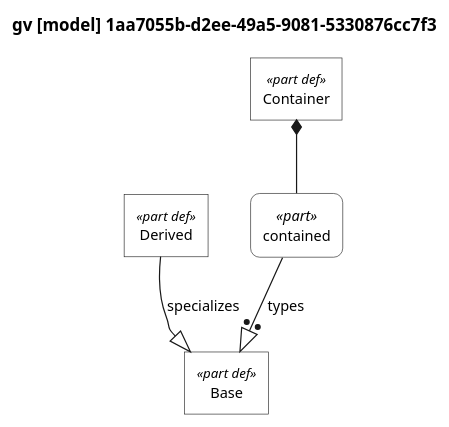
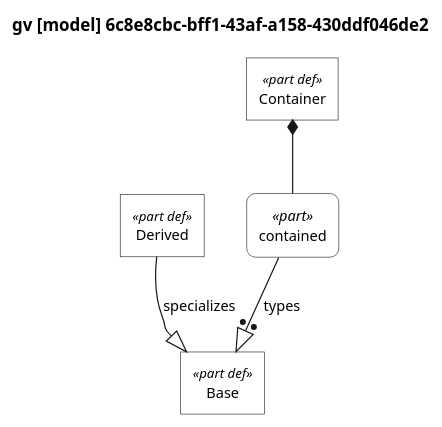
One commit to mycr0ft/sysml2py changed the diagram in docs/plantuml-examples/02-relationships.puml. Above: the diagram before and after it, drawn with PlantUML. The commit also changed 32 other files, not shown here.

First line of the commit message:
boxes afv: control nodes with true decision diamonds (diagramboxes 0.5.0)

```diff
--- a/docs/plantuml-examples/02-relationships.puml
+++ b/docs/plantuml-examples/02-relationships.puml
@@ -1,116 +1,116 @@
 @startuml
 
 skinparam monochrome true
 skinparam wrapWidth 300
 skinparam defaultFontSize 12
 skinparam defaultFontName Helvetica
 
 ' Definitions: sharp corners, plain background
 skinparam rectangle<<part def>> {
     RoundCorner 0
     BackgroundColor white
     StereotypeFontSize 11
 }
 skinparam rectangle<<item def>> {
     RoundCorner 0
     BackgroundColor white
 }
 skinparam rectangle<<attribute def>> {
     RoundCorner 0
     BackgroundColor white
 }
 skinparam rectangle<<port def>> {
     RoundCorner 0
     BackgroundColor white
 }
 skinparam rectangle<<action def>> {
     RoundCorner 0
     BackgroundColor white
 }
 skinparam rectangle<<state def>> {
     RoundCorner 0
     BackgroundColor white
 }
 skinparam rectangle<<requirement def>> {
     RoundCorner 0
     BackgroundColor white
 }
 skinparam rectangle<<view def>> {
     RoundCorner 0
     BackgroundColor white
 }
 skinparam rectangle<<viewpoint def>> {
     RoundCorner 0
     BackgroundColor white
 }
 skinparam rectangle<<enumeration def>> {
     RoundCorner 0
     BackgroundColor white
 }
 
 ' Usages: rounded corners, plain background
 skinparam rectangle<<part>> {
     RoundCorner 15
     BackgroundColor white
 }
 skinparam rectangle<<item>> {
     RoundCorner 15
     BackgroundColor white
 }
 skinparam rectangle<<attribute>> {
     RoundCorner 15
     BackgroundColor white
 }
 skinparam rectangle<<port>> {
     RoundCorner 15
     BackgroundColor white
 }
 skinparam rectangle<<action>> {
     RoundCorner 15
     BackgroundColor white
 }
 skinparam rectangle<<state>> {
     RoundCorner 15
     BackgroundColor white
 }
 skinparam rectangle<<requirement>> {
     RoundCorner 15
     BackgroundColor white
 }
 skinparam rectangle<<view>> {
     RoundCorner 15
     BackgroundColor white
 }
 skinparam rectangle<<viewpoint>> {
     RoundCorner 15
     BackgroundColor white
 }
 skinparam rectangle<<enumeration>> {
     RoundCorner 15
     BackgroundColor white
 }
 
 ' Views as folders
 skinparam folder<<view def>> {
     BackgroundColor white
 }
 skinparam folder<<view>> {
     BackgroundColor white
 }
 
 top to bottom direction
 
-title gv [model] 1aa7055b-d2ee-49a5-9081-5330876cc7f3
+title gv [model] 6c8e8cbc-bff1-43af-a158-430ddf046de2
 
 hide circle
 
 rectangle "Base" as E1 <<part def>>
 rectangle "Derived" as E2 <<part def>>
 rectangle "Container" as E3 <<part def>>
 rectangle "contained" as E4 <<part>>
 
 E2 --|> E1 : specializes
 E3 *-- E4
 E4 --:|> E1 : types
 
 @enduml
```
